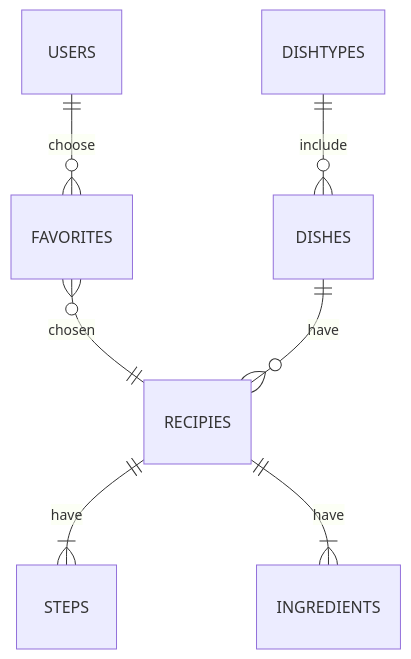
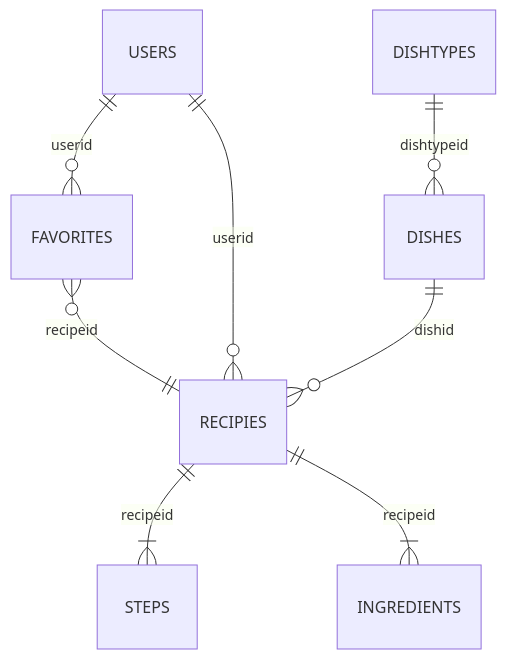
The first of 2 diagrams in Task1DataModel.md (WildCodeSchool/2023-01-EN-Berlin-Remote2-Checkpoint3), drawn with Mermaid before and after one commit. The commit also changed other lines of this file, not shown here.

````diff
--- a/Task1DataModel.md
+++ b/Task1DataModel.md
@@ -7,10 +5,11 @@
 ```mermaid
 erDiagram
-    USERS ||--o{ FAVORITES : choose
-    FAVORITES }o--|| RECIPIES : chosen
+    USERS ||--o{ FAVORITES : userid
+    FAVORITES }o--|| RECIPIES : recipeid
+    USERS ||--o{ RECIPIES : userid
 
-    DISHTYPES ||--o{ DISHES : include
-    DISHES ||--o{ RECIPIES : have
-    RECIPIES ||--|{ STEPS : have
-    RECIPIES ||--|{ INGREDIENTS : have
+    DISHTYPES ||--o{ DISHES : dishtypeid
+    DISHES ||--o{ RECIPIES : dishid
+    RECIPIES ||--|{ STEPS : recipeid
+    RECIPIES ||--|{ INGREDIENTS : recipeid
 ```
````
